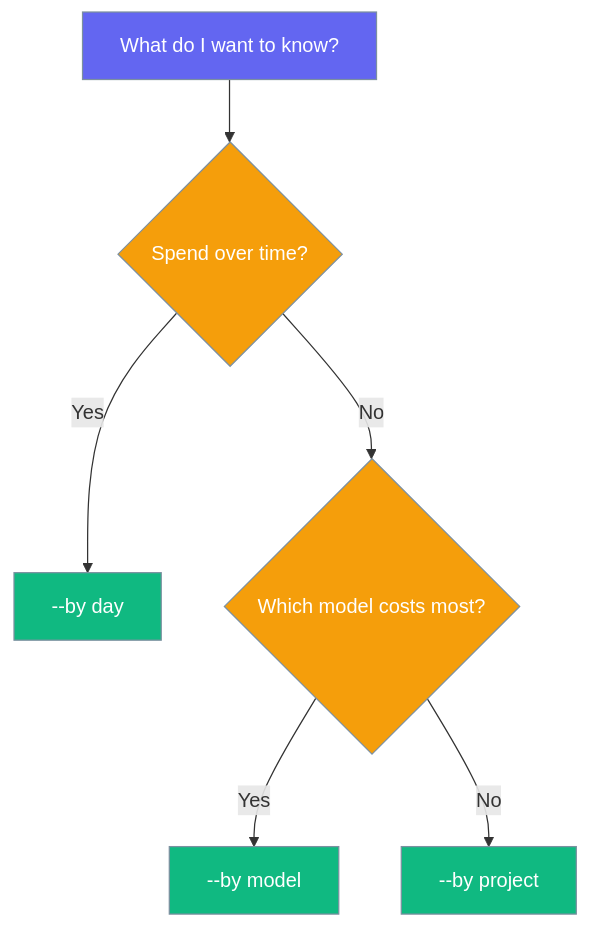
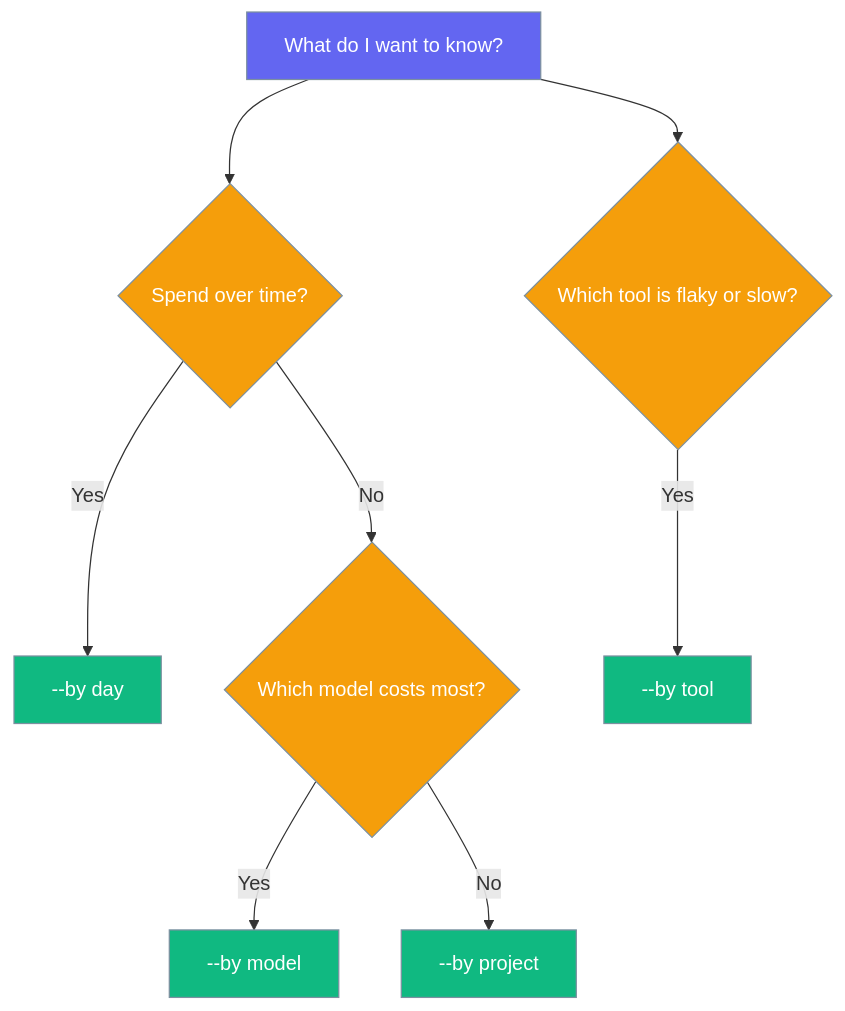
The third of 4 diagrams in docs/cli/usage-cli.mdx (MervinPraison/PraisonAIDocs), drawn with Mermaid before and after one commit. The commit also changed other lines of this file and 3 other files, not shown here.

````diff
--- a/docs/cli/usage-cli.mdx
+++ b/docs/cli/usage-cli.mdx
@@ -118,16 +125,18 @@
 ```mermaid
 graph TB
     Q[What do I want to know?] --> Trend{Spend over time?}
     Trend -->|Yes| Day[--by day]
     Trend -->|No| Which{Which model costs most?}
     Which -->|Yes| Model[--by model]
     Which -->|No| Proj[--by project]
+    Q --> Flaky{Which tool is flaky or slow?}
+    Flaky -->|Yes| Tool[--by tool]
 
     classDef start fill:#6366F1,stroke:#7C90A0,color:#fff
     classDef decision fill:#F59E0B,stroke:#7C90A0,color:#fff
     classDef result fill:#10B981,stroke:#7C90A0,color:#fff
 
     class Q start
-    class Trend,Which decision
-    class Day,Model,Proj result
+    class Trend,Which,Flaky decision
+    class Day,Model,Proj,Tool result
 ```
````
